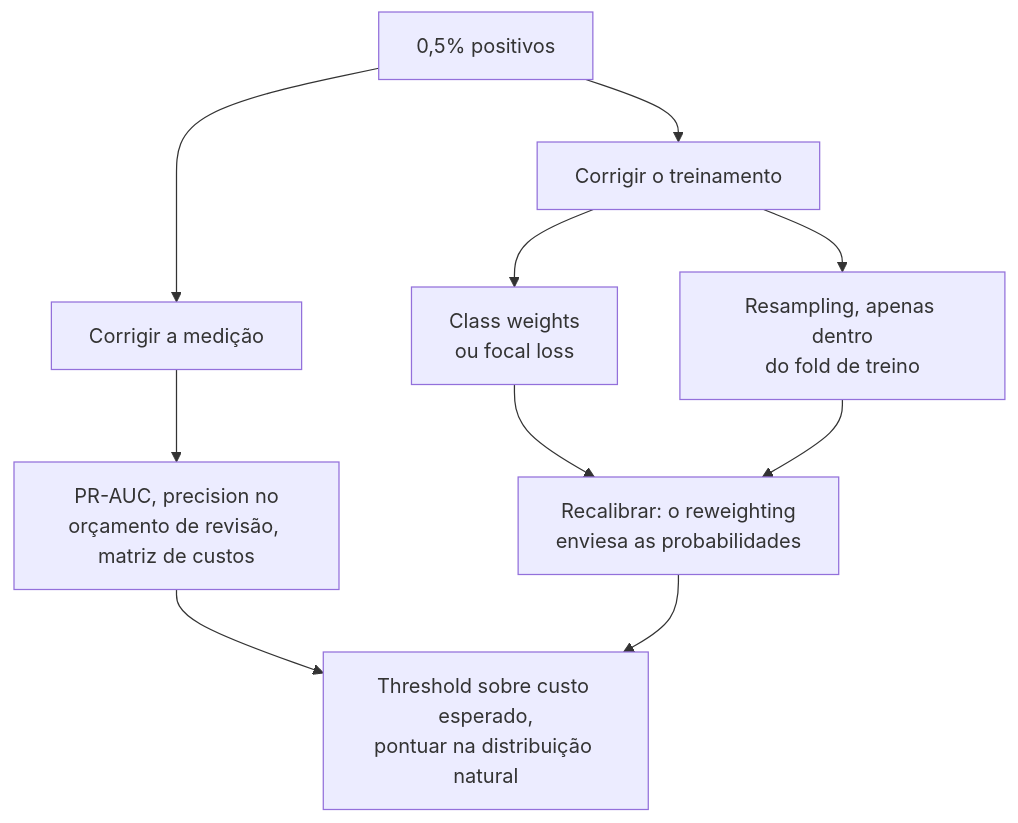
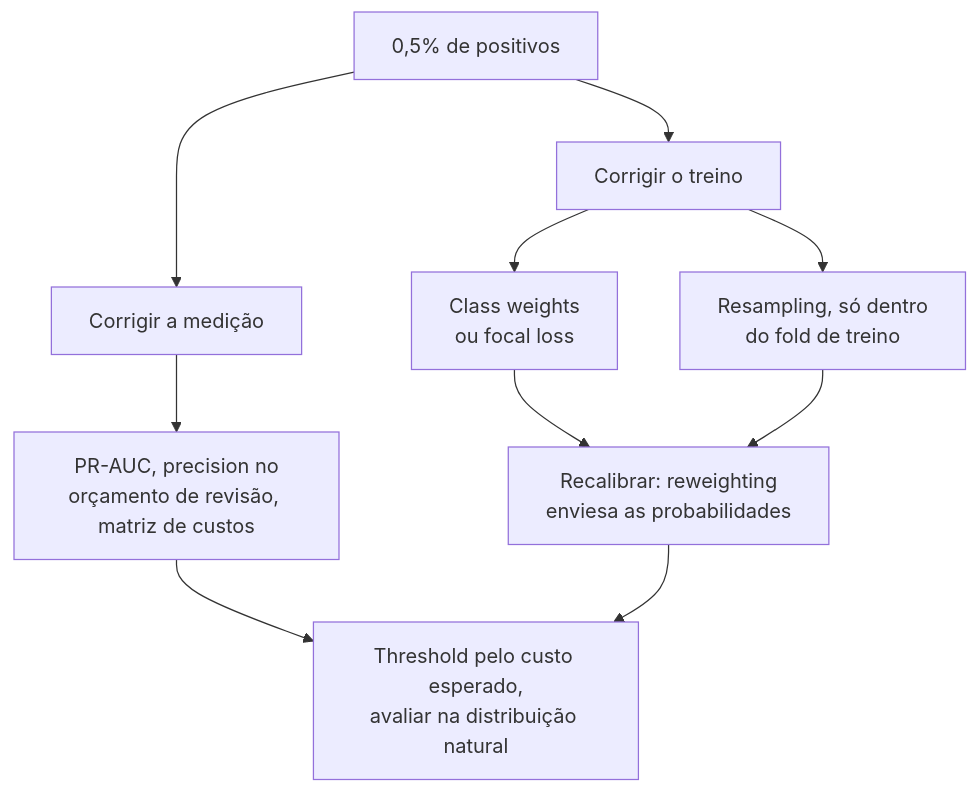
The tenth of 27 diagrams in 01-ml-and-dl-foundations/questions.pt-BR.md (andrevberaldo/AI-Engineer-Interview-Questions), drawn with Mermaid before and after one commit. The commit also changed other lines of this file, not shown here.

First line of the commit message:
docs(01): rewrite pt-BR questions in a more natural style

````diff
--- a/01-ml-and-dl-foundations/questions.pt-BR.md
+++ b/01-ml-and-dl-foundations/questions.pt-BR.md
@@ -518,12 +518,12 @@
 ```mermaid
 flowchart TD
-    A["0,5% positivos"] --> B["Corrigir a medição"]
+    A["0,5% de positivos"] --> B["Corrigir a medição"]
     B --> C["PR-AUC, precision no<br/>orçamento de revisão, matriz de custos"]
-    A --> D["Corrigir o treinamento"]
+    A --> D["Corrigir o treino"]
     D --> E["Class weights<br/>ou focal loss"]
-    D --> F["Resampling, apenas dentro<br/>do fold de treino"]
-    E --> G["Recalibrar: o reweighting<br/>enviesa as probabilidades"]
+    D --> F["Resampling, só dentro<br/>do fold de treino"]
+    E --> G["Recalibrar: reweighting<br/>enviesa as probabilidades"]
     F --> G
-    C --> H["Threshold sobre custo esperado,<br/>pontuar na distribuição natural"]
+    C --> H["Threshold pelo custo esperado,<br/>avaliar na distribuição natural"]
     G --> H
 ```
````
